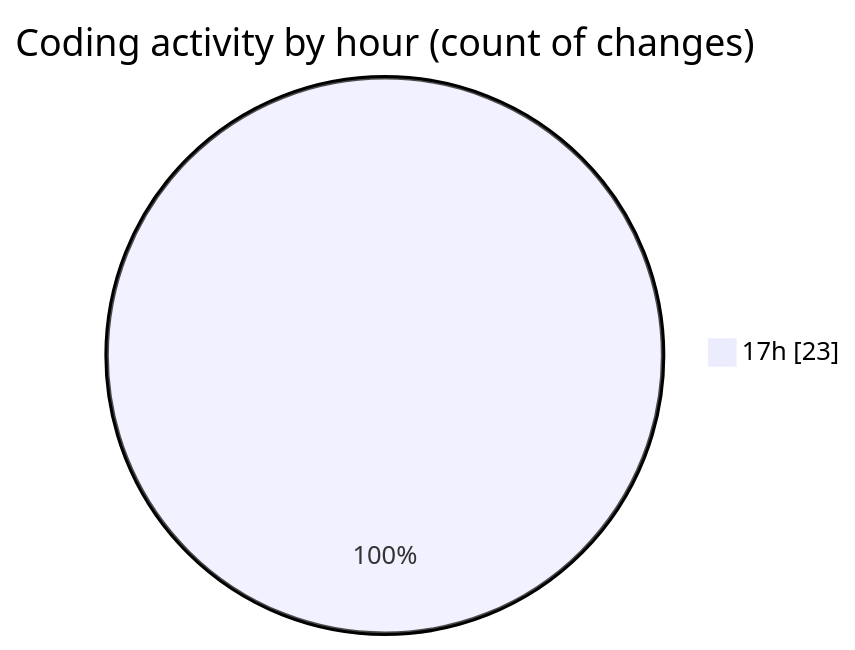
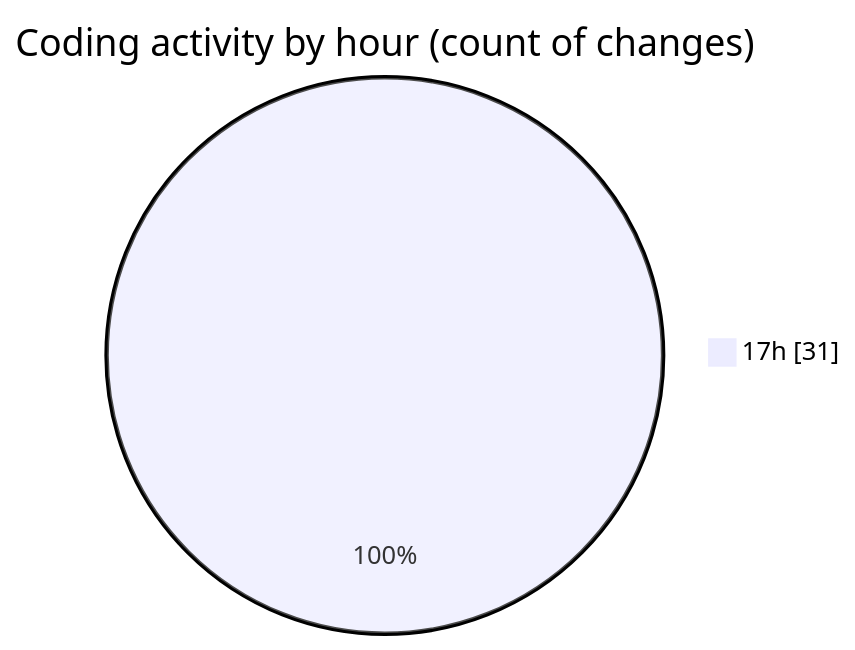
The second of 2 diagrams in 2025-03-20/cda/README.md (momahboobian/code-tracking), drawn with Mermaid before and after one commit. The commit also changed other lines of this file and 1 other file, not shown here.

````diff
--- a/2025-03-20/cda/README.md
+++ b/2025-03-20/cda/README.md
@@ -29,5 +30,5 @@
 ```mermaid
 pie showData
 title Coding activity by hour (count of changes)
-"17h" : 23
+"17h" : 31
 ```
````
